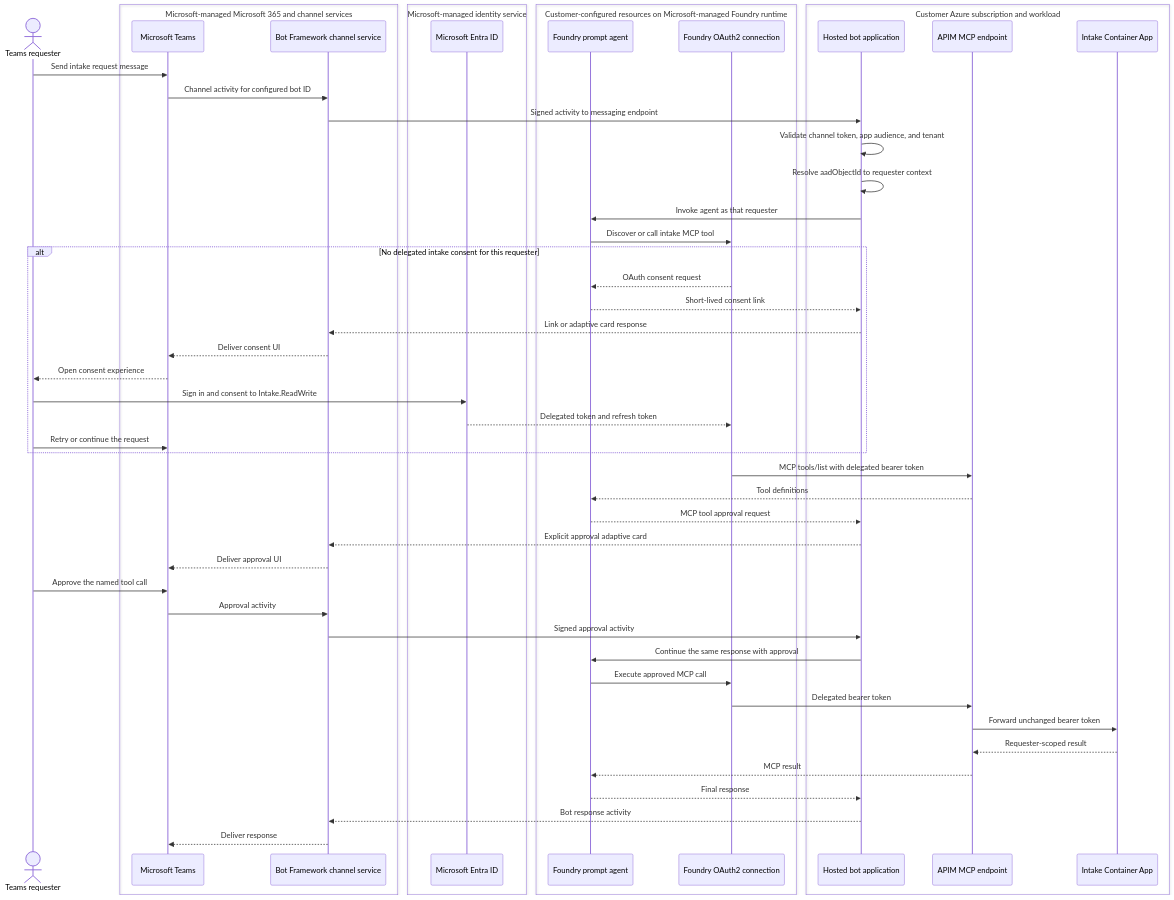
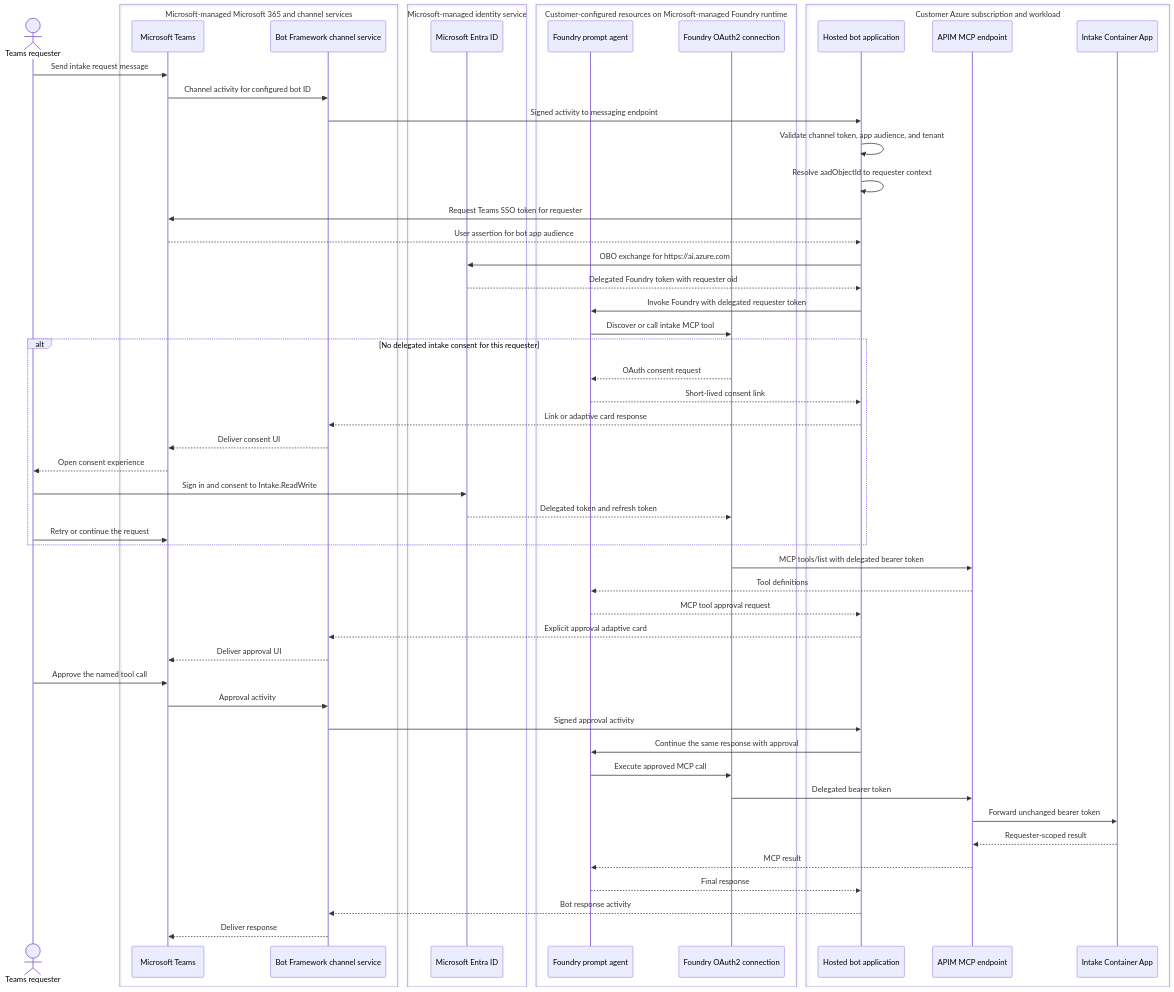
One commit to duongthaiha/internal-intake-agent changed the second of 2 diagrams in docs/identity-flow.md. Above: the diagram before and after it, drawn with Mermaid. The commit also changed other lines of this file and 3 other files, not shown here.

````diff
--- a/docs/identity-flow.md
+++ b/docs/identity-flow.md
@@ -118,55 +118,59 @@
 ```mermaid
 sequenceDiagram
     actor User as Teams requester
     box Microsoft-managed Microsoft 365 and channel services
         participant Teams as Microsoft Teams
         participant BotService as Bot Framework channel service
     end
     box Microsoft-managed identity service
         participant Entra as Microsoft Entra ID
     end
     box Customer-configured resources on Microsoft-managed Foundry runtime
         participant Agent as Foundry prompt agent
         participant Connection as Foundry OAuth2 connection
     end
     box Customer Azure subscription and workload
         participant BotApp as Hosted bot application
         participant APIM as APIM MCP endpoint
         participant API as Intake Container App
     end
 
     User->>Teams: Send intake request message
     Teams->>BotService: Channel activity for configured bot ID
     BotService->>BotApp: Signed activity to messaging endpoint
     BotApp->>BotApp: Validate channel token, app audience, and tenant
     BotApp->>BotApp: Resolve aadObjectId to requester context
-    BotApp->>Agent: Invoke agent as that requester
+    BotApp->>Teams: Request Teams SSO token for requester
+    Teams-->>BotApp: User assertion for bot app audience
+    BotApp->>Entra: OBO exchange for https://ai.azure.com
+    Entra-->>BotApp: Delegated Foundry token with requester oid
+    BotApp->>Agent: Invoke Foundry with delegated requester token
     Agent->>Connection: Discover or call intake MCP tool
     alt No delegated intake consent for this requester
         Connection-->>Agent: OAuth consent request
         Agent-->>BotApp: Short-lived consent link
         BotApp-->>BotService: Link or adaptive card response
         BotService-->>Teams: Deliver consent UI
         Teams-->>User: Open consent experience
         User->>Entra: Sign in and consent to Intake.ReadWrite
         Entra-->>Connection: Delegated token and refresh token
         User->>Teams: Retry or continue the request
     end
     Connection->>APIM: MCP tools/list with delegated bearer token
     APIM-->>Agent: Tool definitions
     Agent-->>BotApp: MCP tool approval request
     BotApp-->>BotService: Explicit approval adaptive card
     BotService-->>Teams: Deliver approval UI
     User->>Teams: Approve the named tool call
     Teams->>BotService: Approval activity
     BotService->>BotApp: Signed approval activity
     BotApp->>Agent: Continue the same response with approval
     Agent->>Connection: Execute approved MCP call
     Connection->>APIM: Delegated bearer token
     APIM->>API: Forward unchanged bearer token
     API-->>APIM: Requester-scoped result
     APIM-->>Agent: MCP result
     Agent-->>BotApp: Final response
     BotApp-->>BotService: Bot response activity
     BotService-->>Teams: Deliver response
 ```
````
